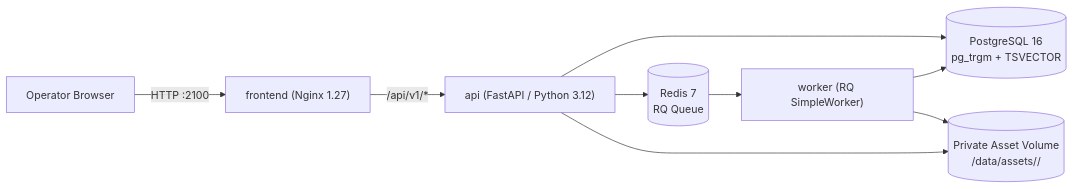
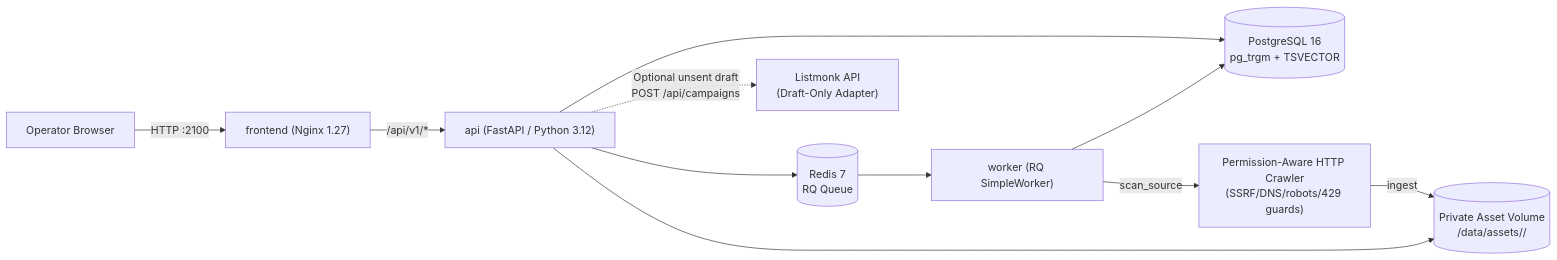
The diagram in docs/architecture.md (yarnitram/swipe-vault), drawn with Mermaid before and after one commit. The commit also changed other lines of this file and 33 other files, not shown here.

Commit message:
feat: implement Phase 2 permission-aware crawler and Phase 3 drafts & Listmonk export

````diff
--- a/docs/architecture.md
+++ b/docs/architecture.md
@@ -7,11 +7,13 @@
 ```mermaid
 flowchart LR
     Browser["Operator Browser"] -->|"HTTP :2100"| Nginx["frontend (Nginx 1.27)"]
     Nginx -->|"/api/v1/*"| API["api (FastAPI / Python 3.12)"]
     API --> PG[("PostgreSQL 16\npg_trgm + TSVECTOR")]
     API --> Redis[("Redis 7\nRQ Queue")]
     Redis --> Worker["worker (RQ SimpleWorker)"]
+    Worker -->|"scan_source"| Crawler["Permission-Aware HTTP Crawler\n(SSRF/DNS/robots/429 guards)"]
+    Crawler -->|"ingest"| Assets[("Private Asset Volume\n/data/assets/<sha[:2]>/<sha256>")]
     Worker --> PG
-    API --> Assets[("Private Asset Volume\n/data/assets/<sha[:2]>/<sha256>")]
-    Worker --> Assets
+    API --> Assets
+    API -.->|"Optional unsent draft\nPOST /api/campaigns"| Listmonk["Listmonk API\n(Draft-Only Adapter)"]
 ```
````
